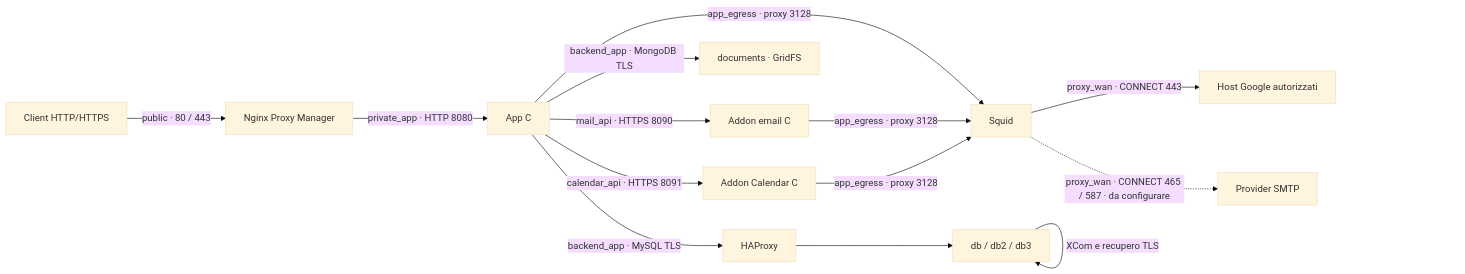
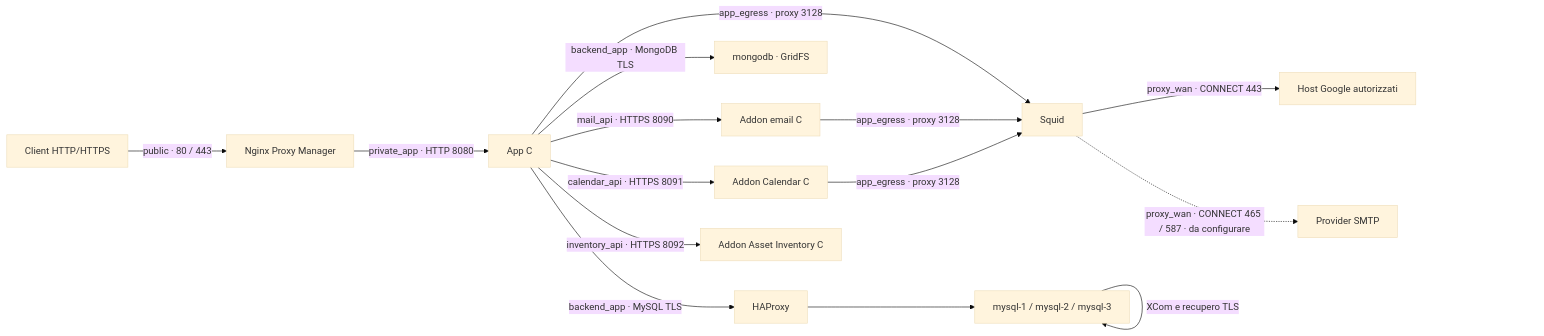
One commit to GiorgioOppo/Project-manager changed the diagram in README.md. Above: the diagram before and after it, drawn with Mermaid (base theme). The commit also changed other lines of this file and 99 other files, not shown here.

````diff
--- a/README.md
+++ b/README.md
@@ -85,16 +92,17 @@
 ```mermaid
 flowchart LR
   Client["Client HTTP/HTTPS"] -->|"public · 80 / 443"| NPM["Nginx Proxy Manager"]
   NPM -->|"private_app · HTTP 8080"| App["App C"]
   App -->|"backend_app · MySQL TLS"| Proxy["HAProxy"]
-  Proxy --> DB["db / db2 / db3"]
-  App -->|"backend_app · MongoDB TLS"| Docs["documents · GridFS"]
+  Proxy --> DB["mysql-1 / mysql-2 / mysql-3"]
+  App -->|"backend_app · MongoDB TLS"| Docs["mongodb · GridFS"]
   DB -->|"XCom e recupero TLS"| DB
   App -->|"app_egress · proxy 3128"| Squid["Squid"]
   App -->|"mail_api · HTTPS 8090"| Mail["Addon email C"]
   Mail -->|"app_egress · proxy 3128"| Squid
   App -->|"calendar_api · HTTPS 8091"| Calendar["Addon Calendar C"]
   Calendar -->|"app_egress · proxy 3128"| Squid
+  App -->|"inventory_api · HTTPS 8092"| Inventory["Addon Asset Inventory C"]
   Squid -->|"proxy_wan · CONNECT 443"| Google["Host Google autorizzati"]
   Squid -.->|"proxy_wan · CONNECT 465 / 587 · da configurare"| SMTP["Provider SMTP"]
 ```
````
